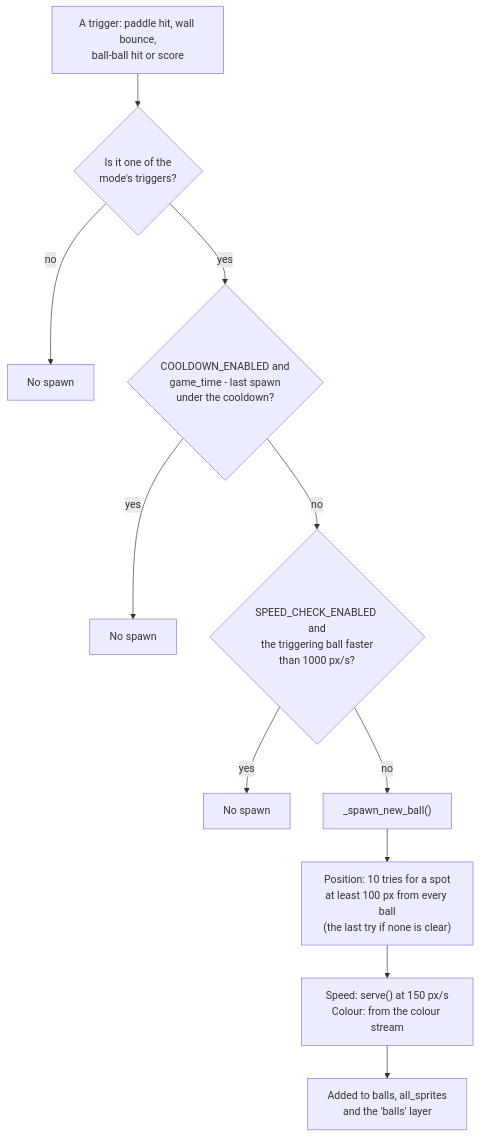
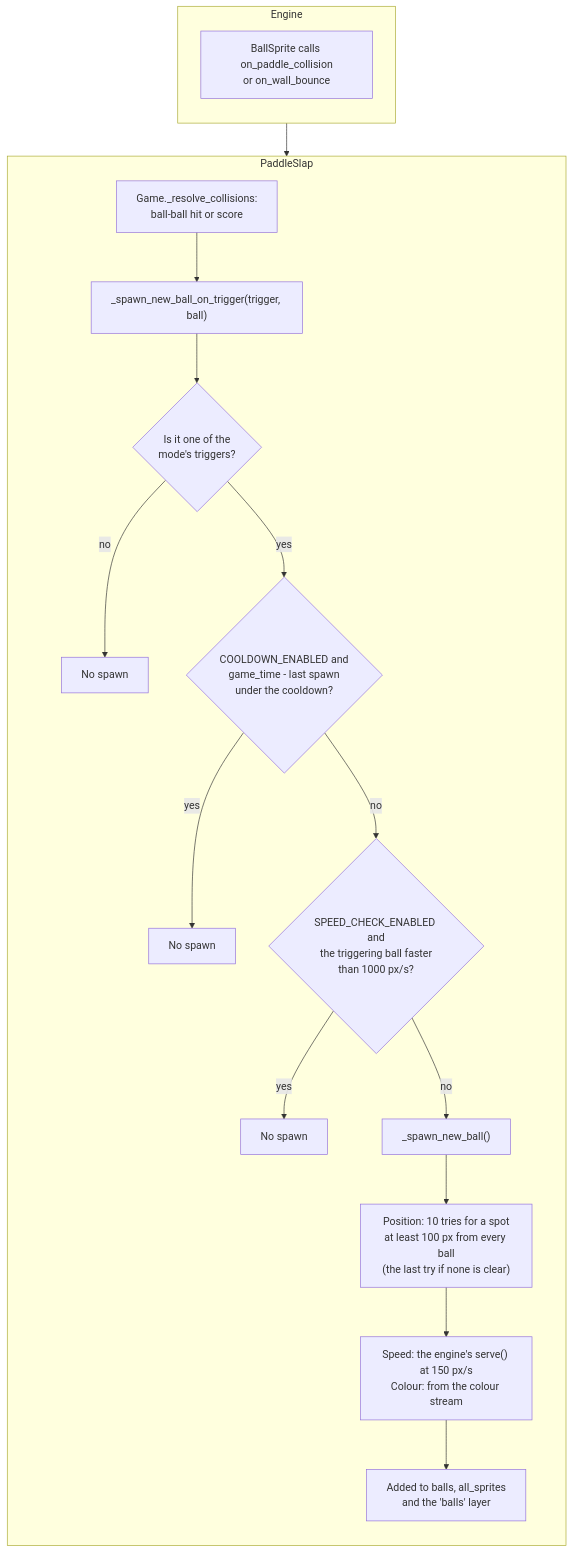
One commit to terrysimons/glitchygames changed the sixth of 7 diagrams in docs/games/paddleslap.md. Above: the diagram before and after it, drawn with Mermaid. The commit also changed other lines of this file, not shown here.

First line of the commit message:
Docs: PaddleSlap's other diagrams split into Engine and PaddleSlap

````diff
--- a/docs/games/paddleslap.md
+++ b/docs/games/paddleslap.md
@@ -422,13 +443,34 @@
 ```mermaid
 flowchart TB
-    trigger["A trigger: paddle hit, wall bounce,<br/>ball-ball hit or score"] --> named{"Is it one of the<br/>mode's triggers?"}
-    named -- no --> skip1["No spawn"]
-    named -- yes --> cooldown{"COOLDOWN_ENABLED and<br/>game_time - last spawn<br/>under the cooldown?"}
-    cooldown -- yes --> skip2["No spawn"]
-    cooldown -- no --> speed{"SPEED_CHECK_ENABLED and<br/>the triggering ball faster<br/>than 1000 px/s?"}
-    speed -- yes --> skip3["No spawn"]
-    speed -- no --> spawn["_spawn_new_ball()"]
-    spawn --> place["Position: 10 tries for a spot<br/>at least 100 px from every ball<br/>(the last try if none is clear)"]
-    place --> serve["Speed: serve() at 150 px/s<br/>Colour: from the colour stream"]
-    serve --> join["Added to balls, all_sprites<br/>and the 'balls' layer"]
+    subgraph ENGINE_SPAWN["Engine"]
+        direction TB
+        ballcallback["BallSprite calls on_paddle_collision<br/>or on_wall_bounce"]
+    end
+    subgraph GAME_SPAWN["PaddleSlap"]
+        direction TB
+        gametrigger["Game._resolve_collisions:<br/>ball-ball hit or score"]
+        trigger["_spawn_new_ball_on_trigger(trigger, ball)"]
+        named{"Is it one of the<br/>mode's triggers?"}
+        skip1["No spawn"]
+        cooldown{"COOLDOWN_ENABLED and<br/>game_time - last spawn<br/>under the cooldown?"}
+        skip2["No spawn"]
+        speed{"SPEED_CHECK_ENABLED and<br/>the triggering ball faster<br/>than 1000 px/s?"}
+        skip3["No spawn"]
+        spawn["_spawn_new_ball()"]
+        place["Position: 10 tries for a spot<br/>at least 100 px from every ball<br/>(the last try if none is clear)"]
+        serve["Speed: the engine's serve() at 150 px/s<br/>Colour: from the colour stream"]
+        join["Added to balls, all_sprites<br/>and the 'balls' layer"]
+    end
+    ballcallback --> trigger
+    gametrigger --> trigger
+    trigger --> named
+    named -- no --> skip1
+    named -- yes --> cooldown
+    cooldown -- yes --> skip2
+    cooldown -- no --> speed
+    speed -- yes --> skip3
+    speed -- no --> spawn
+    spawn --> place
+    place --> serve
+    serve --> join
 ```
````
